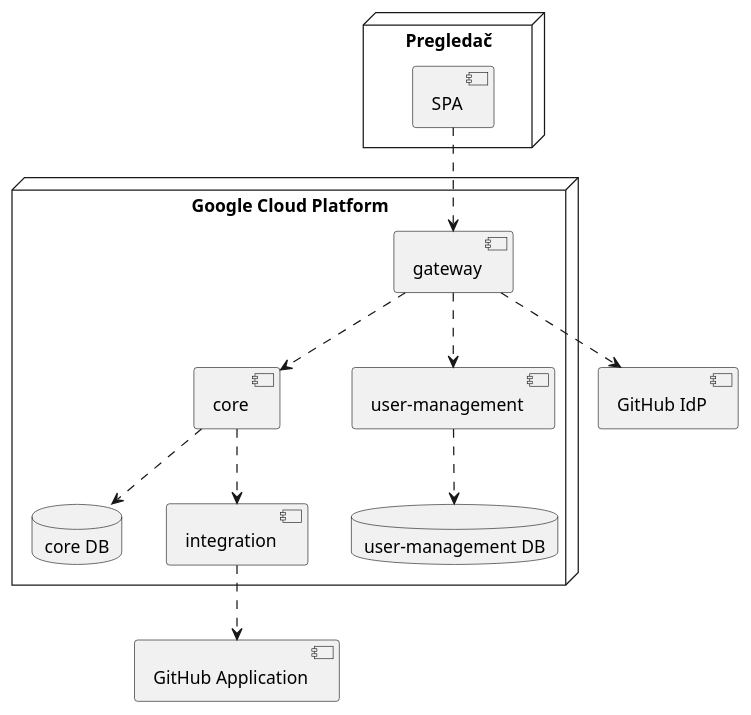
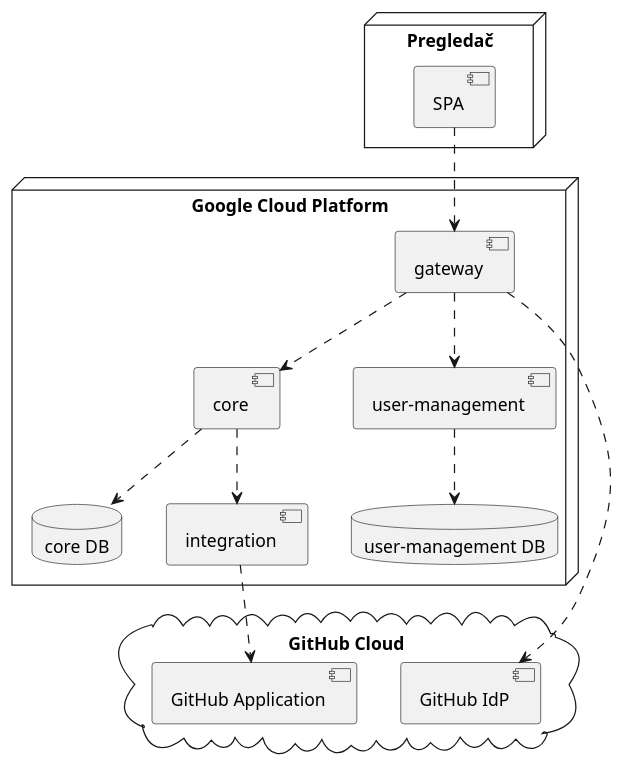
Before and after one commit to enco164/interpres: the diagram in thesis/src/plantuml/komponente.plantuml, drawn with PlantUML. The commit also changed 5 other files, not shown here.

```diff
--- a/thesis/src/plantuml/komponente.plantuml
+++ b/thesis/src/plantuml/komponente.plantuml
@@ -1,27 +1,29 @@
 @startuml Komponente
-
-
 node "Google Cloud Platform" {
     database "user-management DB" as UM_DB
     database "core DB" as C_DB
     
     [gateway] ..> [core]
     [gateway] ..> [user-management]
     
     [core] ..> [integration]
     [integration]
     
     [user-management] ..> UM_DB
     [core] ..> C_DB
 
 }
 
 node "Pregledač" {
     [SPA] ..> [gateway]
 }
 
+cloud "GitHub Cloud" {
+    [GitHub IdP]
+    [GitHub Application]
+}
+
 [gateway] ..> [GitHub IdP]
 
 [integration] ..> [GitHub Application]
-
 @enduml
```
